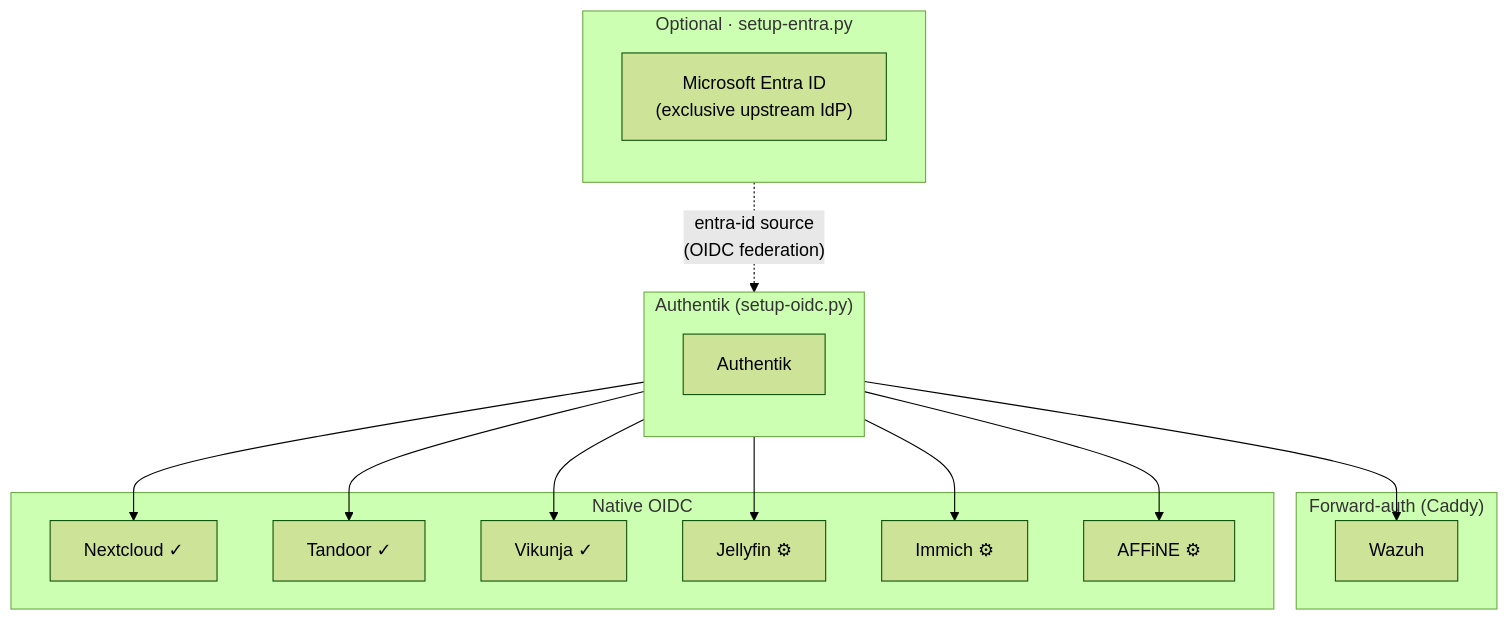
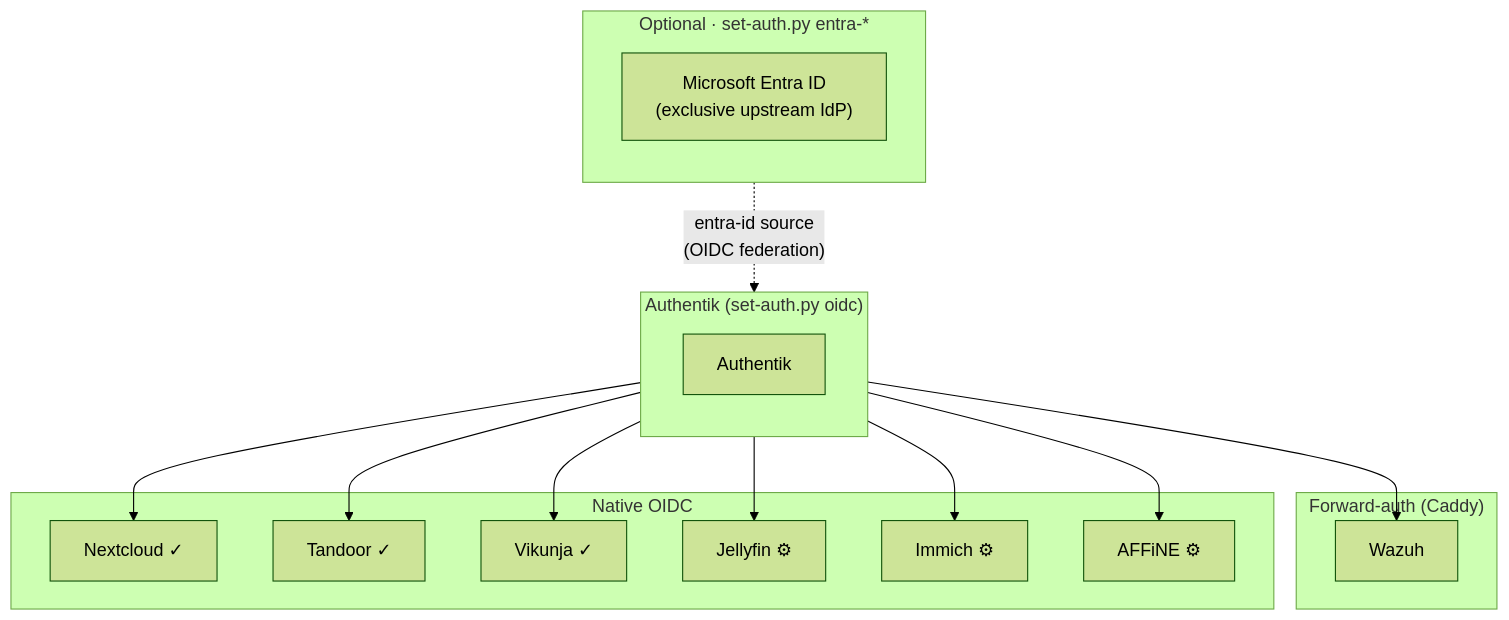
One commit to secopdotdev/OpeNirvana changed the third of 5 diagrams in README.md. Above: the diagram before and after it, drawn with Mermaid (forest theme). The commit also changed other lines of this file and 131 other files, not shown here.

````diff
--- a/README.md
+++ b/README.md
@@ -134,29 +134,29 @@
 ```mermaid
 flowchart TD
-    subgraph optional["Optional · setup-entra.py"]
+    subgraph optional["Optional · set-auth.py entra-*"]
         direction TB
         EntraID["Microsoft Entra ID<br/>(exclusive upstream IdP)"]
     end
 
-    subgraph auth["Authentik (setup-oidc.py)"]
+    subgraph auth["Authentik (set-auth.py oidc)"]
         direction TB
         A["Authentik"]
     end
 
     subgraph forward-auth["Forward-auth (Caddy)"]
         Wazuh["Wazuh"]
     end
 
     subgraph native-oidc["Native OIDC"]
         NC["Nextcloud ✓"]
         TD["Tandoor ✓"]
         VK["Vikunja ✓"]
         JF["Jellyfin ⚙"]
         IM["Immich ⚙"]
         AF["AFFiNE ⚙"]
     end
 
     EntraID -. "entra-id source<br/>(OIDC federation)" .-> A
     A --> Wazuh
     A --> NC & TD & VK & JF & IM & AF
 ```
````
